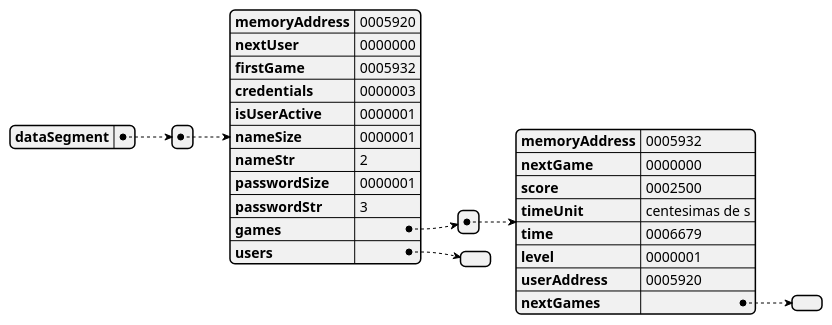
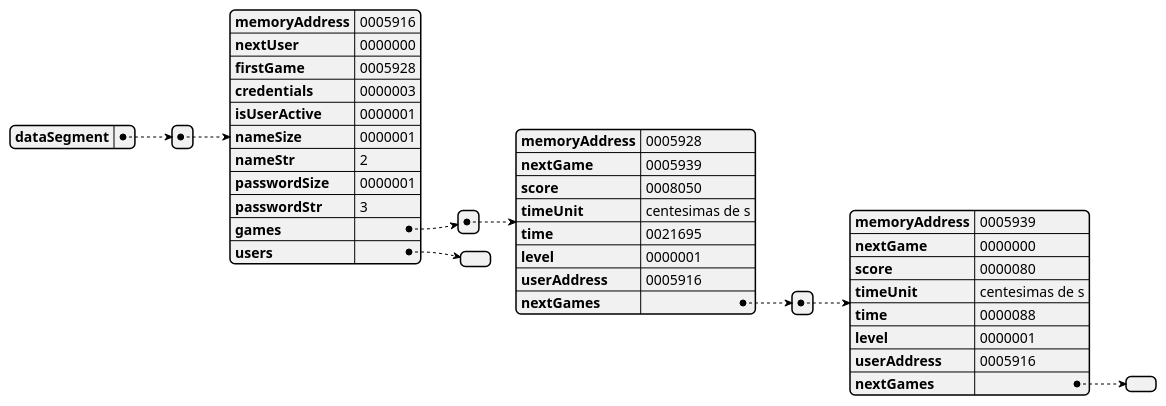
Before and after one commit to danielcuque/ACE1-PROYECTO2: the diagram in docs/uml/README.md, drawn with PlantUML. The commit also changed 2 other files, not shown here.

Commit message:
fix: get isUserActive field instead credentials

`````diff
--- a/docs/uml/README.md
+++ b/docs/uml/README.md
@@ -1,22 +1,28 @@
 ````plantuml
 @startjson memoryGraph
 {"dataSegment":
-[{"memoryAddress":"0005920",
+[{"memoryAddress":"0005916",
 "nextUser":"0000000",
-"firstGame":"0005932",
+"firstGame":"0005928",
 "credentials":"0000003",
 "isUserActive":"0000001",
 "nameSize":"0000001",
 "nameStr":"2",
 "passwordSize":"0000001",
 "passwordStr":"3",
-"games":[{"memoryAddress":"0005932",
+"games":[{"memoryAddress":"0005928",
+"nextGame":"0005939",
+"score":"0008050",
+"timeUnit":"centesimas de s","time":"0021695",
+"level":"0000001",
+"userAddress":"0005916",
+"nextGames":[{"memoryAddress":"0005939",
 "nextGame":"0000000",
-"score":"0002500",
-"timeUnit":"centesimas de s","time":"0006679",
+"score":"0000080",
+"timeUnit":"centesimas de s","time":"0000088",
 "level":"0000001",
-"userAddress":"0005920",
-"nextGames":[]}],
+"userAddress":"0005916",
+"nextGames":[]}]}],
 "users":[]}]}
 @endjson
 ````
`````
